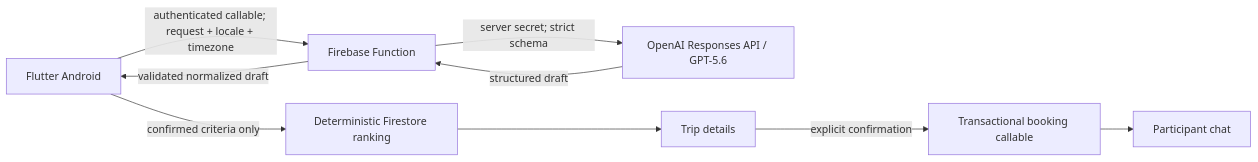
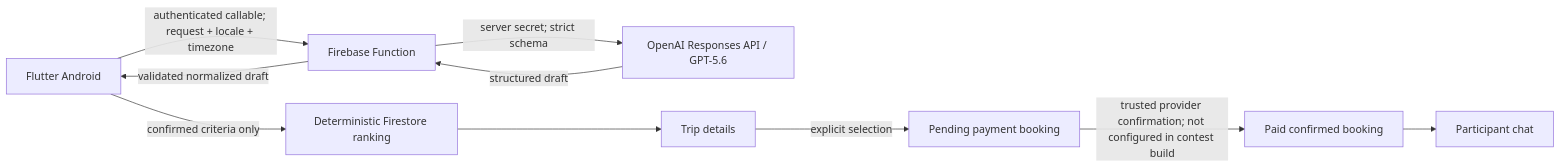
One commit to MoazGamalMohamed/fitareeaee-copilot changed the diagram in README.md. Above: the diagram before and after it, drawn with Mermaid. The commit also changed other lines of this file and 8 other files, not shown here.

````diff
--- a/README.md
+++ b/README.md
@@ -54,11 +59,12 @@
 ```mermaid
 flowchart LR
   A[Flutter Android] -->|authenticated callable; request + locale + timezone| B[Firebase Function]
   B -->|server secret; strict schema| C[OpenAI Responses API / GPT-5.6]
   C -->|structured draft| B
   B -->|validated normalized draft| A
   A -->|confirmed criteria only| D[Deterministic Firestore ranking]
   D --> E[Trip details]
-  E -->|explicit confirmation| F[Transactional booking callable]
-  F --> G[Participant chat]
+  E -->|explicit selection| F[Pending payment booking]
+  F -->|trusted provider confirmation; not configured in contest build| G[Paid confirmed booking]
+  G --> H[Participant chat]
 ```
````
